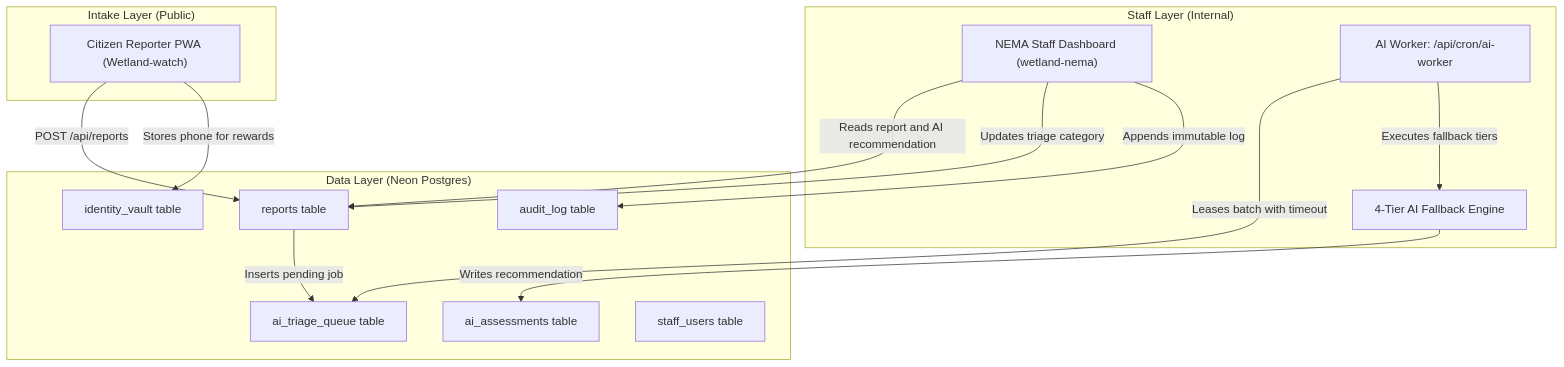
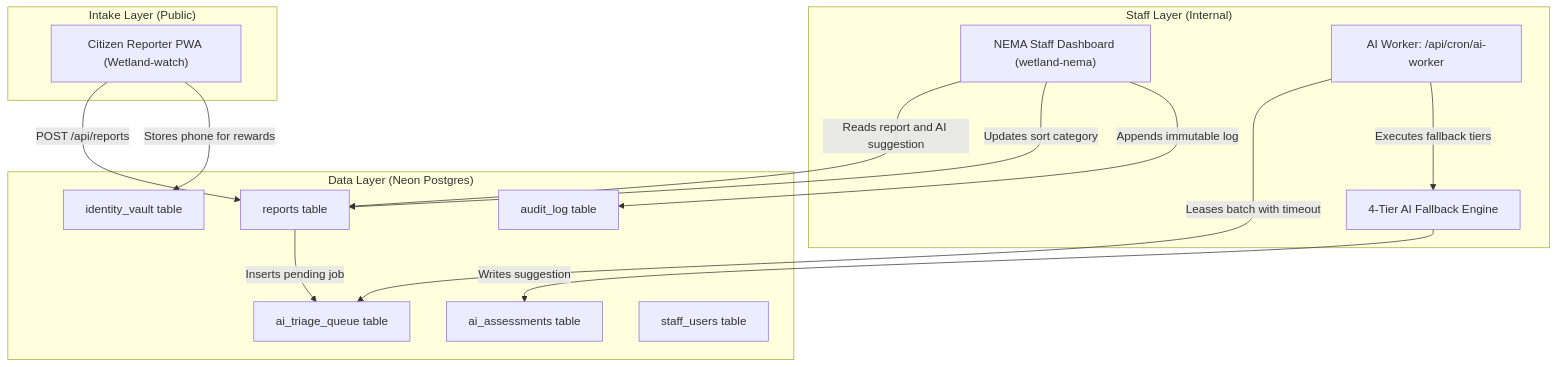
One commit to EleanorNabaloga/wetland-nema changed the first of 4 diagrams in docs/architecture.md. Above: the diagram before and after it, drawn with Mermaid. The commit also changed other lines of this file and 10 other files, not shown here.

````diff
--- a/docs/architecture.md
+++ b/docs/architecture.md
@@ -11,31 +11,31 @@
 ```mermaid
 flowchart TD
     subgraph ClientLayer["Intake Layer (Public)"]
         ReporterClient["Citizen Reporter PWA (Wetland-watch)"]
     end
 
     subgraph StorageLayer["Data Layer (Neon Postgres)"]
         Reports["reports table"]
         AiQueue["ai_triage_queue table"]
         AiAssessments["ai_assessments table"]
         Vault["identity_vault table"]
         Audit["audit_log table"]
         Staff["staff_users table"]
     end
 
     subgraph StaffLayer["Staff Layer (Internal)"]
         DashboardClient["NEMA Staff Dashboard (wetland-nema)"]
         CronWorker["AI Worker: /api/cron/ai-worker"]
         Engine["4-Tier AI Fallback Engine"]
     end
 
     ReporterClient -->|POST /api/reports| Reports
     ReporterClient -->|Stores phone for rewards| Vault
     Reports -->|Inserts pending job| AiQueue
     CronWorker -->|Leases batch with timeout| AiQueue
     CronWorker -->|Executes fallback tiers| Engine
-    Engine -->|Writes recommendation| AiAssessments
-    DashboardClient -->|Reads report and AI recommendation| Reports
-    DashboardClient -->|Updates triage category| Reports
+    Engine -->|Writes suggestion| AiAssessments
+    DashboardClient -->|Reads report and AI suggestion| Reports
+    DashboardClient -->|Updates sort category| Reports
     DashboardClient -->|Appends immutable log| Audit
 ```
````
